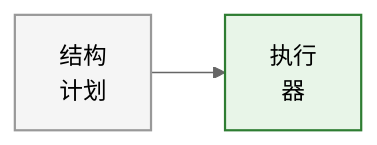
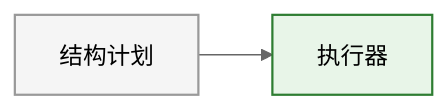
The tenth of 11 diagrams in source/_posts/bi-evolution-6-ai-native-restructure.md (BillZong/BillZong.github.io), drawn with Mermaid (neutral theme) before and after one commit. The commit also changed other lines of this file, not shown here.

First line of the commit message:
fix(BI-ch6): remove \n from mermaid labels

```diff
--- a/source/_posts/bi-evolution-6-ai-native-restructure.md
+++ b/source/_posts/bi-evolution-6-ai-native-restructure.md
@@ -480,11 +480,11 @@
 {% mermaid %}
 flowchart LR
     classDef entry fill:#fff3b0,stroke:#b58900,color:#000,stroke-width:1.5px
     classDef decision fill:#fce4ec,stroke:#c62828,color:#000,stroke-width:1.5px
     classDef exit fill:#e8f5e8,stroke:#2e7d32,color:#000,stroke-width:1.5px
     classDef normal fill:#f5f5f5,stroke:#999,color:#000,stroke-width:1.5px
 
-    P["结构\n计划"]:::normal
-    E["执行\n器"]:::exit
+    P["结构计划"]:::normal
+    E["执行器"]:::exit
     P --> E
 {% endmermaid %}
```
